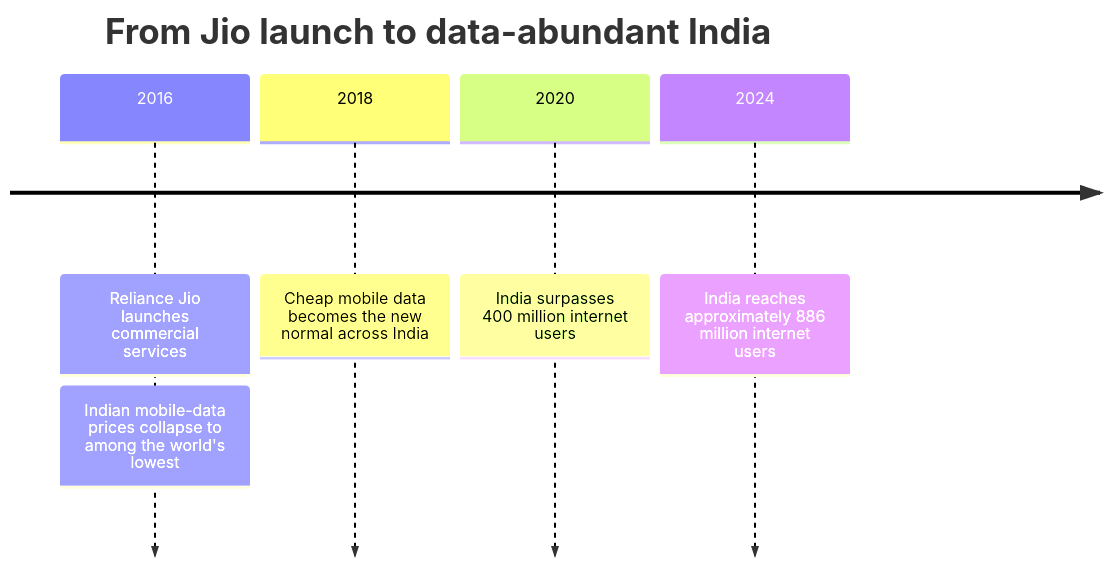
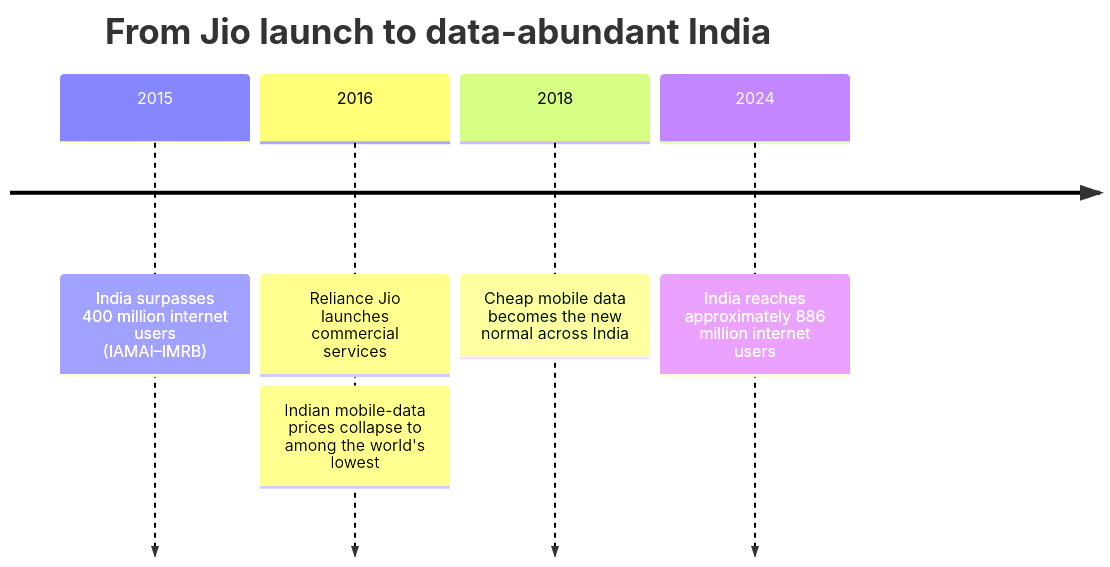
The diagram in content/articles/2026/the-jio-effect-cheap-data-access-behavior/article.md (aura-knowledge/aura-knowledge.github.io), drawn with Mermaid before and after one commit. The commit also changed other lines of this file and 201 other files, not shown here.

````diff
--- a/content/articles/2026/the-jio-effect-cheap-data-access-behavior/article.md
+++ b/content/articles/2026/the-jio-effect-cheap-data-access-behavior/article.md
@@ -37,9 +37,9 @@
 ```mermaid
 timeline
     title From Jio launch to data-abundant India
+    2015 : India surpasses 400 million internet users (IAMAI–IMRB)
     2016 : Reliance Jio launches commercial services
          : Indian mobile-data prices collapse to among the world's lowest
     2018 : Cheap mobile data becomes the new normal across India
-    2020 : India surpasses 400 million internet users
     2024 : India reaches approximately 886 million internet users
 ```
````
